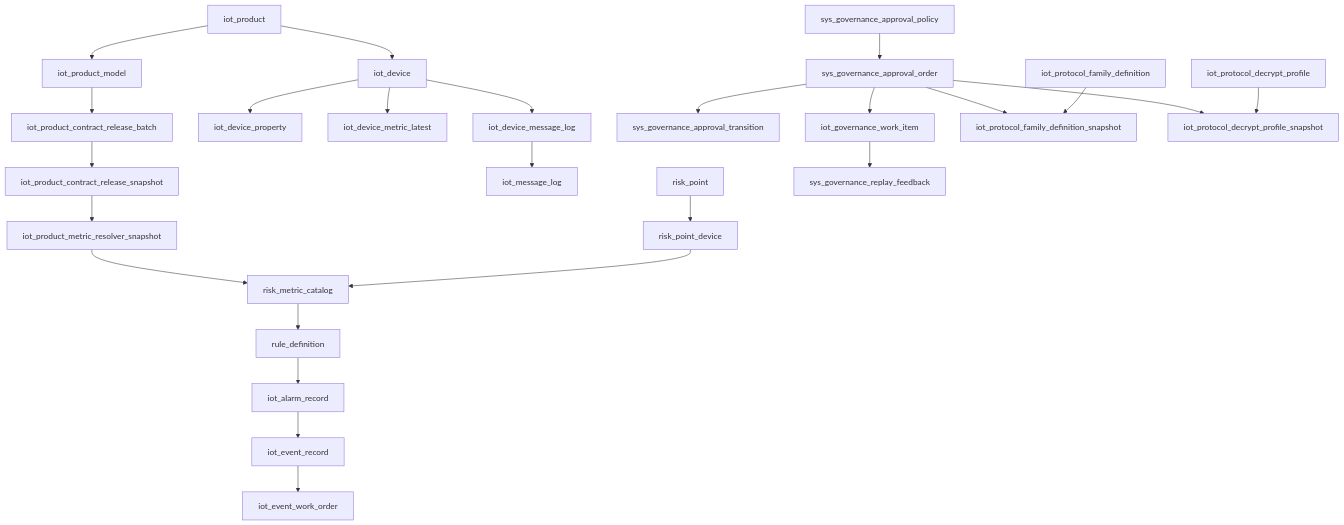
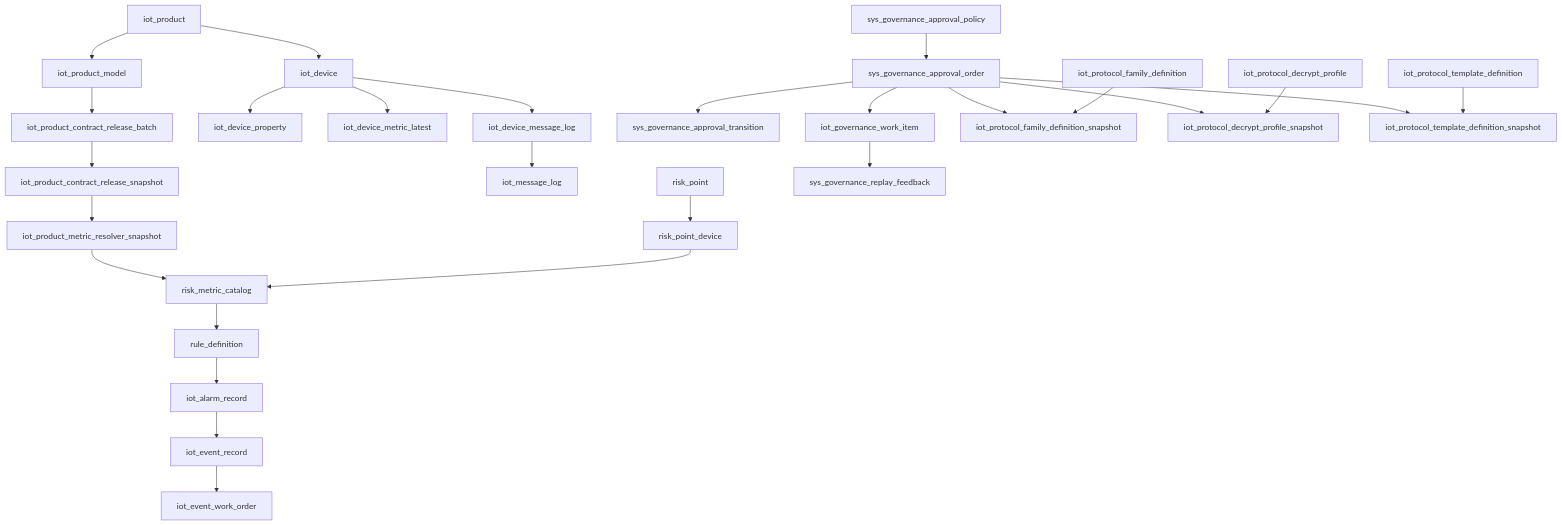
One commit to rxbyes/spring-boot-iot changed the first of 2 diagrams in docs/04-数据库设计与初始化数据.md. Above: the diagram before and after it, drawn with Mermaid. The commit also changed other lines of this file and 34 other files, not shown here.

Commit message:
feat: add protocol template governance workbench

````diff
--- a/docs/04-数据库设计与初始化数据.md
+++ b/docs/04-数据库设计与初始化数据.md
@@ -117,30 +121,32 @@
 ```mermaid
 graph TD
   A["iot_product"] --> B["iot_product_model"]
   B --> C["iot_product_contract_release_batch"]
   C --> D["iot_product_contract_release_snapshot"]
   D --> E["iot_product_metric_resolver_snapshot"]
   E --> F["risk_metric_catalog"]
 
   A --> G["iot_device"]
   G --> H["iot_device_property"]
   G --> I["iot_device_metric_latest"]
   G --> J["iot_device_message_log"]
   J --> K["iot_message_log"]
 
   L["risk_point"] --> M["risk_point_device"]
   M --> F
   F --> N["rule_definition"]
   N --> O["iot_alarm_record"]
   O --> P["iot_event_record"]
   P --> Q["iot_event_work_order"]
 
   R["sys_governance_approval_policy"] --> S["sys_governance_approval_order"]
   S --> T["sys_governance_approval_transition"]
   S --> U["iot_governance_work_item"]
   U --> V["sys_governance_replay_feedback"]
   S --> W["iot_protocol_family_definition_snapshot"]
   S --> X["iot_protocol_decrypt_profile_snapshot"]
+  S --> AB["iot_protocol_template_definition_snapshot"]
   Y["iot_protocol_family_definition"] --> W
   Z["iot_protocol_decrypt_profile"] --> X
+  AA["iot_protocol_template_definition"] --> AB
 ```
````
